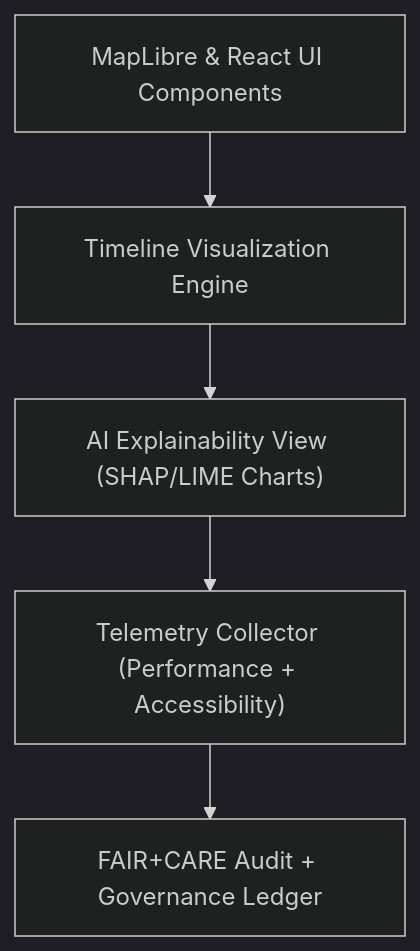
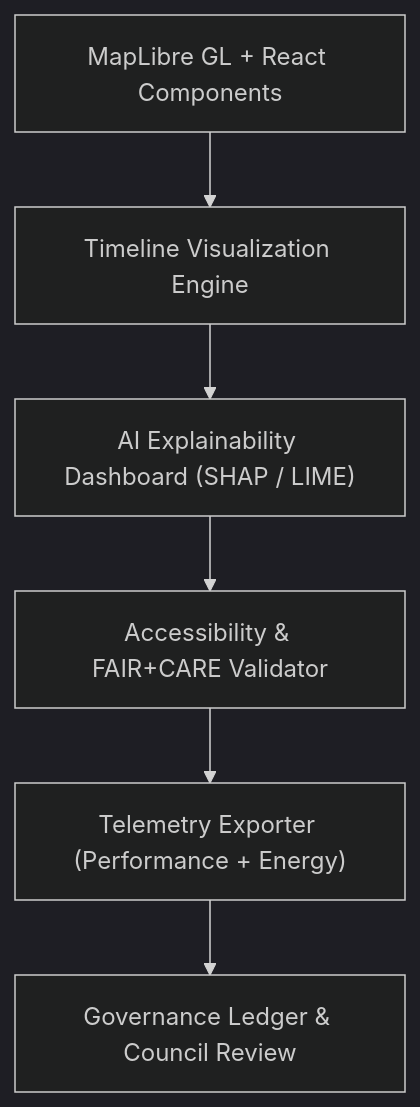
Before and after one commit to bartytime4life/Kansas-Frontier-Matrix: the diagram in docs/guides/visualization/README.md, drawn with Mermaid (dark theme). The commit also changed other lines of this file, not shown here.

First line of the commit message:
Revise visualization README for clarity and standards

````diff
--- a/docs/guides/visualization/README.md
+++ b/docs/guides/visualization/README.md
@@ -68,7 +57,8 @@
 ```mermaid
 flowchart TD
-A["MapLibre & React UI Components"] --> B["Timeline Visualization Engine"]
-B --> C["AI Explainability View (SHAP/LIME Charts)"]
-C --> D["Telemetry Collector (Performance + Accessibility)"]
-D --> E["FAIR+CARE Audit + Governance Ledger"]
+A["MapLibre GL + React Components"] --> B["Timeline Visualization Engine"]
+B --> C["AI Explainability Dashboard (SHAP / LIME)"]
+C --> D["Accessibility & FAIR+CARE Validator"]
+D --> E["Telemetry Exporter (Performance + Energy)"]
+E --> F["Governance Ledger & Council Review"]
 ```
````
